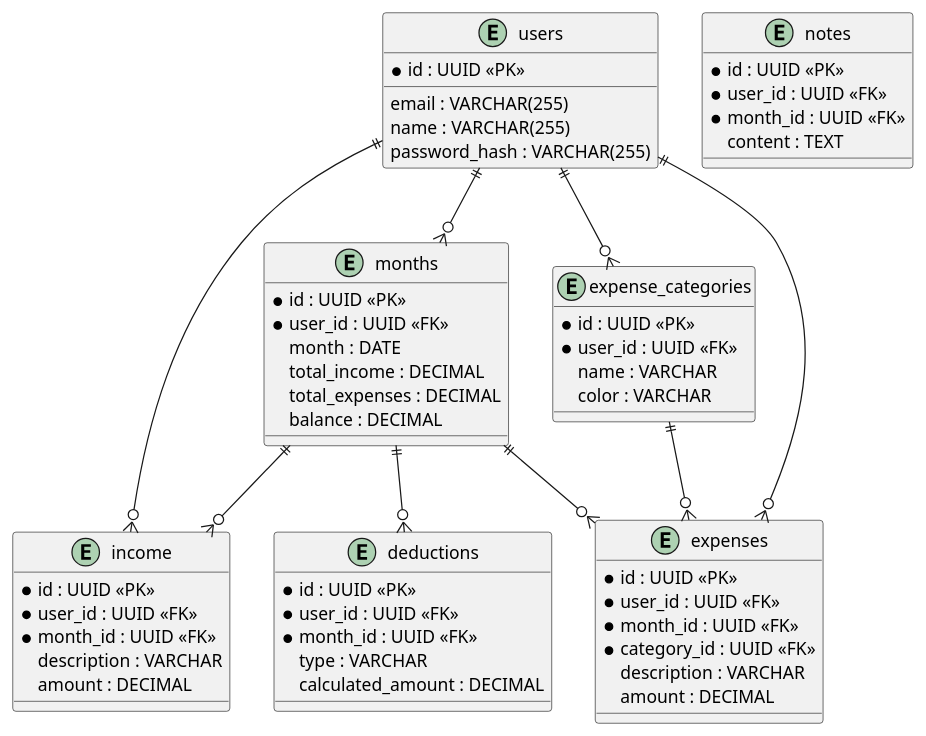
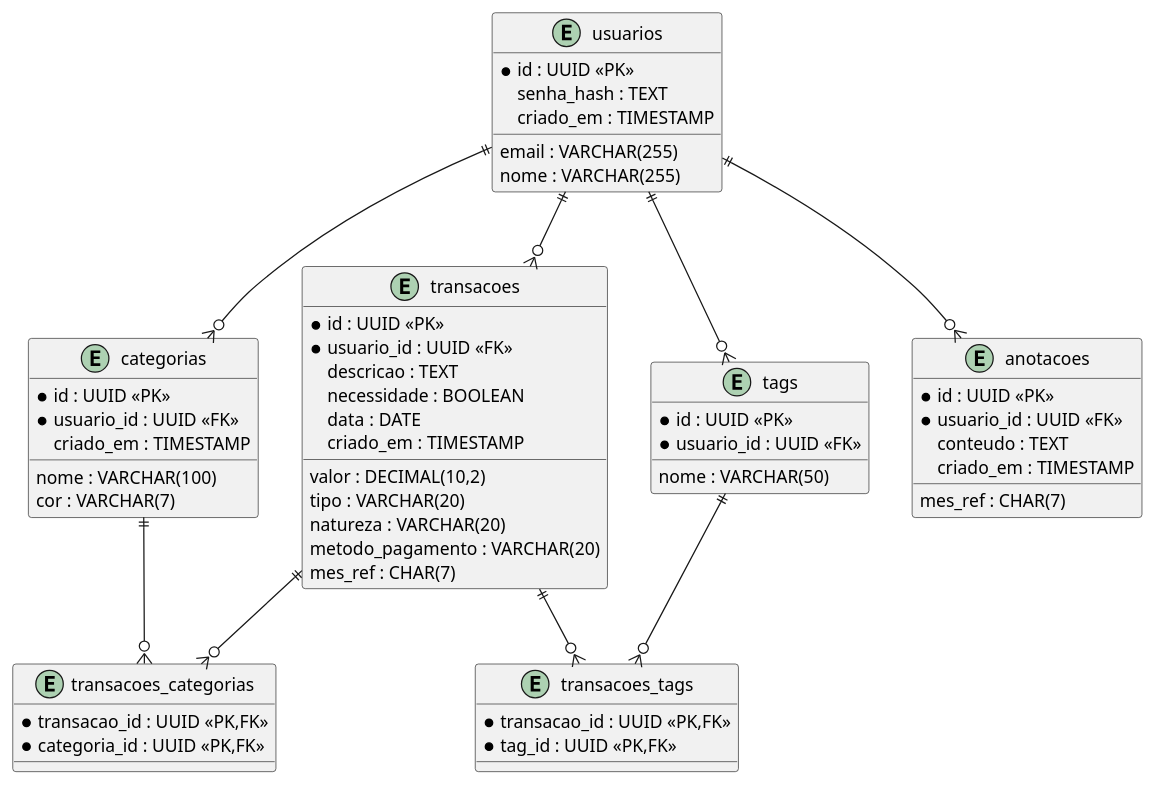
Before and after one commit to euandr/ControleGastos: the diagram in docs/DIAGRAMAS/er-diagram.md, drawn with PlantUML. The commit also changed other lines of this file and 9 other files, not shown here.

````diff
--- a/docs/DIAGRAMAS/er-diagram.md
+++ b/docs/DIAGRAMAS/er-diagram.md
@@ -7,67 +7,66 @@
 ```plantuml
 @startuml ControleGastos_ER
-entity "users" as users {
+entity "usuarios" as usuarios {
     * id : UUID <<PK>>
     email : VARCHAR(255)
-    name : VARCHAR(255)
-    password_hash : VARCHAR(255)
+    nome : VARCHAR(255)
+    senha_hash : TEXT
+    criado_em : TIMESTAMP
 }
 
-entity "months" as months {
+entity "transacoes" as transacoes {
     * id : UUID <<PK>>
-    * user_id : UUID <<FK>>
-    month : DATE
-    total_income : DECIMAL
-    total_expenses : DECIMAL
-    balance : DECIMAL
+    * usuario_id : UUID <<FK>>
+    descricao : TEXT
+    valor : DECIMAL(10,2)
+    tipo : VARCHAR(20)
+    natureza : VARCHAR(20)
+    necessidade : BOOLEAN
+    metodo_pagamento : VARCHAR(20)
+    data : DATE
+    mes_ref : CHAR(7)
+    criado_em : TIMESTAMP
 }
 
-entity "income" as income {
+entity "categorias" as categorias {
     * id : UUID <<PK>>
-    * user_id : UUID <<FK>>
-    * month_id : UUID <<FK>>
-    description : VARCHAR
-    amount : DECIMAL
+    * usuario_id : UUID <<FK>>
+    nome : VARCHAR(100)
+    cor : VARCHAR(7)
+    criado_em : TIMESTAMP
 }
 
-entity "expense_categories" as categories {
-    * id : UUID <<PK>>
-    * user_id : UUID <<FK>>
-    name : VARCHAR
-    color : VARCHAR
+entity "transacoes_categorias" as transacoes_categorias {
+    * transacao_id : UUID <<PK,FK>>
+    * categoria_id : UUID <<PK,FK>>
 }
 
-entity "expenses" as expenses {
+entity "tags" as tags {
     * id : UUID <<PK>>
-    * user_id : UUID <<FK>>
-    * month_id : UUID <<FK>>
-    * category_id : UUID <<FK>>
-    description : VARCHAR
-    amount : DECIMAL
+    * usuario_id : UUID <<FK>>
+    nome : VARCHAR(50)
 }
 
-entity "deductions" as deductions {
-    * id : UUID <<PK>>
-    * user_id : UUID <<FK>>
-    * month_id : UUID <<FK>>
-    type : VARCHAR
-    calculated_amount : DECIMAL
+entity "transacoes_tags" as transacoes_tags {
+    * transacao_id : UUID <<PK,FK>>
+    * tag_id : UUID <<PK,FK>>
 }
 
-entity "notes" as notes {
+entity "anotacoes" as anotacoes {
     * id : UUID <<PK>>
-    * user_id : UUID <<FK>>
-    * month_id : UUID <<FK>>
-    content : TEXT
+    * usuario_id : UUID <<FK>>
+    conteudo : TEXT
+    mes_ref : CHAR(7)
+    criado_em : TIMESTAMP
 }
 
-users ||--o{ months
-users ||--o{ income
-users ||--o{ expenses
-users ||--o{ categories
-months ||--o{ income
-months ||--o{ expenses
-months ||--o{ deductions
-categories ||--o{ expenses
+usuarios ||--o{ transacoes
+usuarios ||--o{ categorias
+usuarios ||--o{ tags
+usuarios ||--o{ anotacoes
+transacoes ||--o{ transacoes_categorias
+categorias ||--o{ transacoes_categorias
+transacoes ||--o{ transacoes_tags
+tags ||--o{ transacoes_tags
 @enduml
 ```
````
